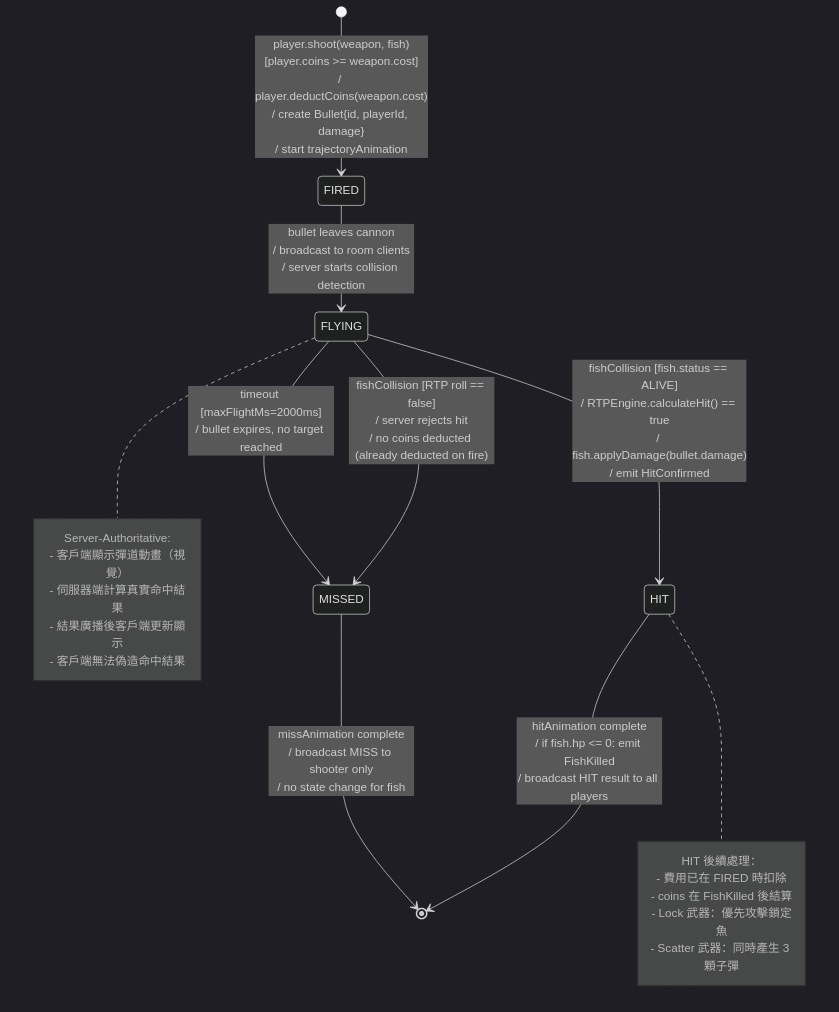
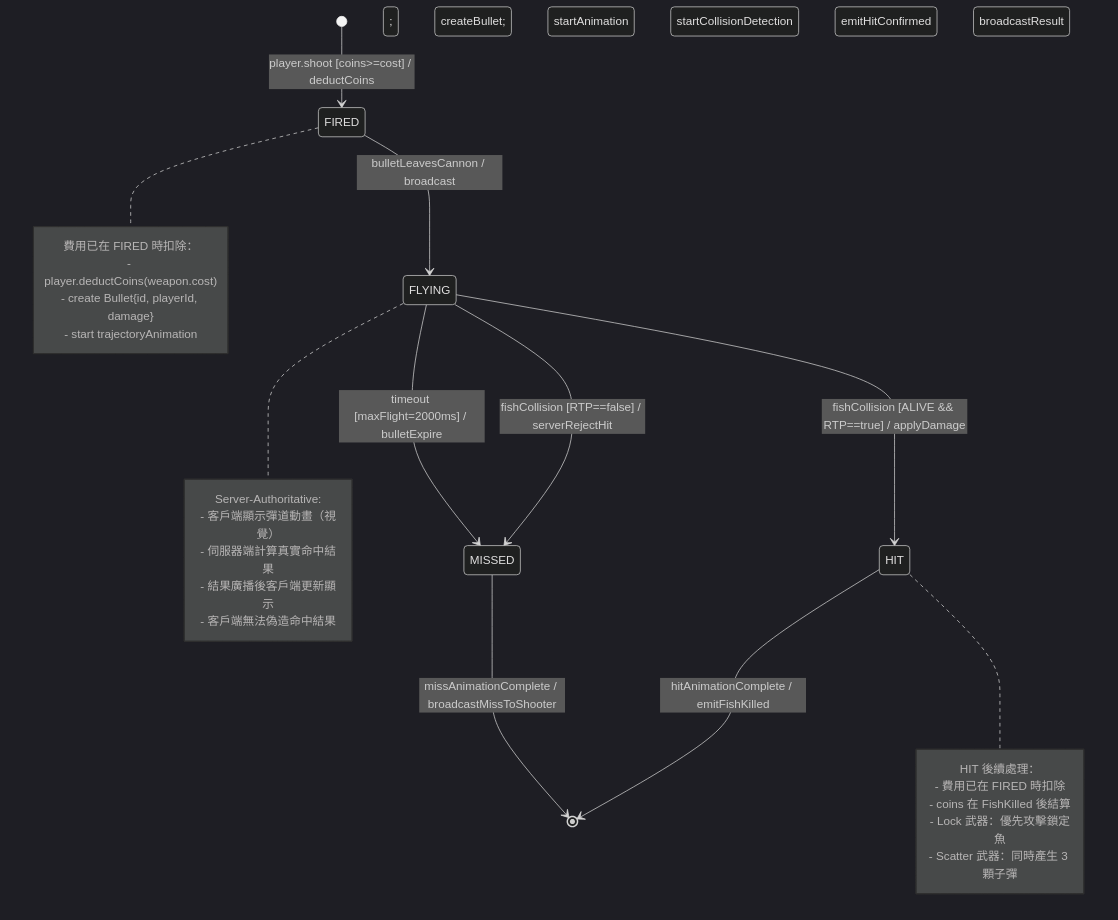
The first of 3 diagrams in docs/diagrams/state-machine-bullet.md (ibalasite/fishgame), drawn with Mermaid before and after one commit. The commit also changed other lines of this file and 5 other files, not shown here.

First line of the commit message:
fix: remove all <br/> from Mermaid diagrams and replace experimental charts

````diff
--- a/docs/diagrams/state-machine-bullet.md
+++ b/docs/diagrams/state-machine-bullet.md
@@ -14,33 +14,40 @@
 ```mermaid
 %%{init: {"theme": "dark"}}%%
 stateDiagram-v2
-    [*] --> FIRED : player.shoot(weapon, fish)<br/>[player.coins >= weapon.cost]<br/>/ player.deductCoins(weapon.cost)<br/>/ create Bullet{id, playerId, damage}<br/>/ start trajectoryAnimation
+    [*] --> FIRED : player.shoot [coins>=cost] / deductCoins; createBullet; startAnimation
 
-    FIRED --> FLYING : bullet leaves cannon<br/>/ broadcast to room clients<br/>/ server starts collision detection
+    FIRED --> FLYING : bulletLeavesCannon / broadcast; startCollisionDetection
 
-    FLYING --> HIT : fishCollision [fish.status == ALIVE]<br/>/ RTPEngine.calculateHit() == true<br/>/ fish.applyDamage(bullet.damage)<br/>/ emit HitConfirmed
+    FLYING --> HIT : fishCollision [ALIVE && RTP==true] / applyDamage; emitHitConfirmed
 
-    FLYING --> MISSED : fishCollision [RTP roll == false]<br/>/ server rejects hit<br/>/ no coins deducted (already deducted on fire)
+    FLYING --> MISSED : fishCollision [RTP==false] / serverRejectHit
 
-    FLYING --> MISSED : timeout [maxFlightMs=2000ms]<br/>/ bullet expires, no target reached
+    FLYING --> MISSED : timeout [maxFlight=2000ms] / bulletExpire
 
-    HIT --> [*] : hitAnimation complete<br/>/ if fish.hp <= 0: emit FishKilled<br/>/ broadcast HIT result to all players
+    HIT --> [*] : hitAnimationComplete / emitFishKilled; broadcastResult
 
-    MISSED --> [*] : missAnimation complete<br/>/ broadcast MISS to shooter only<br/>/ no state change for fish
+    MISSED --> [*] : missAnimationComplete / broadcastMissToShooter
+
+    note right of FIRED
+        費用已在 FIRED 時扣除：
+        - player.deductCoins(weapon.cost)
+        - create Bullet{id, playerId, damage}
+        - start trajectoryAnimation
+    end note
 
     note right of FLYING
         Server-Authoritative:
         - 客戶端顯示彈道動畫（視覺）
         - 伺服器端計算真實命中結果
         - 結果廣播後客戶端更新顯示
         - 客戶端無法偽造命中結果
     end note
 
     note right of HIT
         HIT 後續處理：
         - 費用已在 FIRED 時扣除
         - coins 在 FishKilled 後結算
         - Lock 武器：優先攻擊鎖定魚
         - Scatter 武器：同時產生 3 顆子彈
     end note
 ```
````
